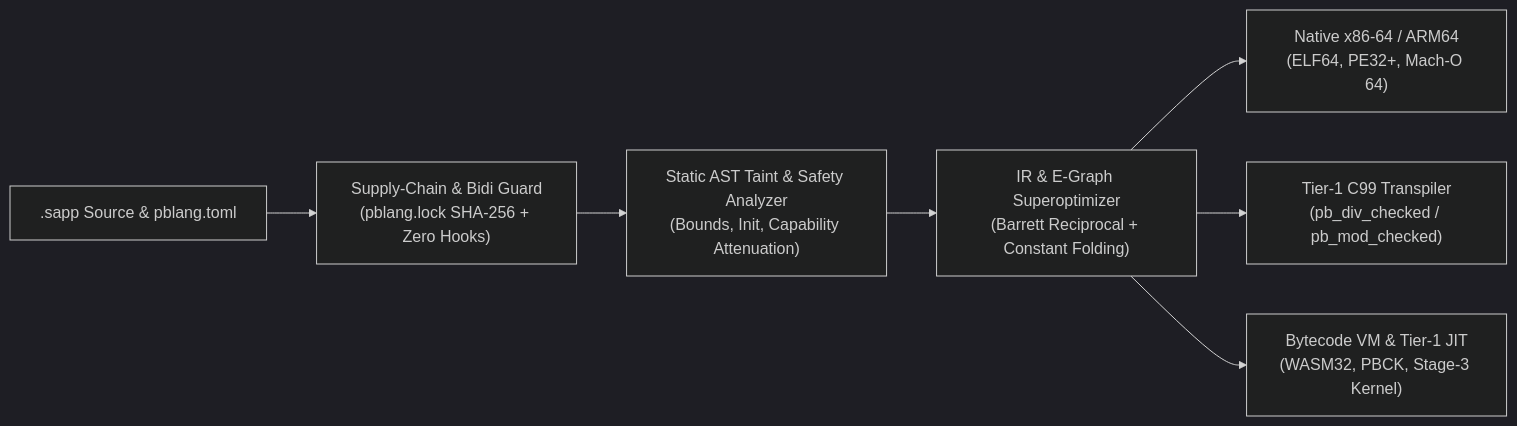
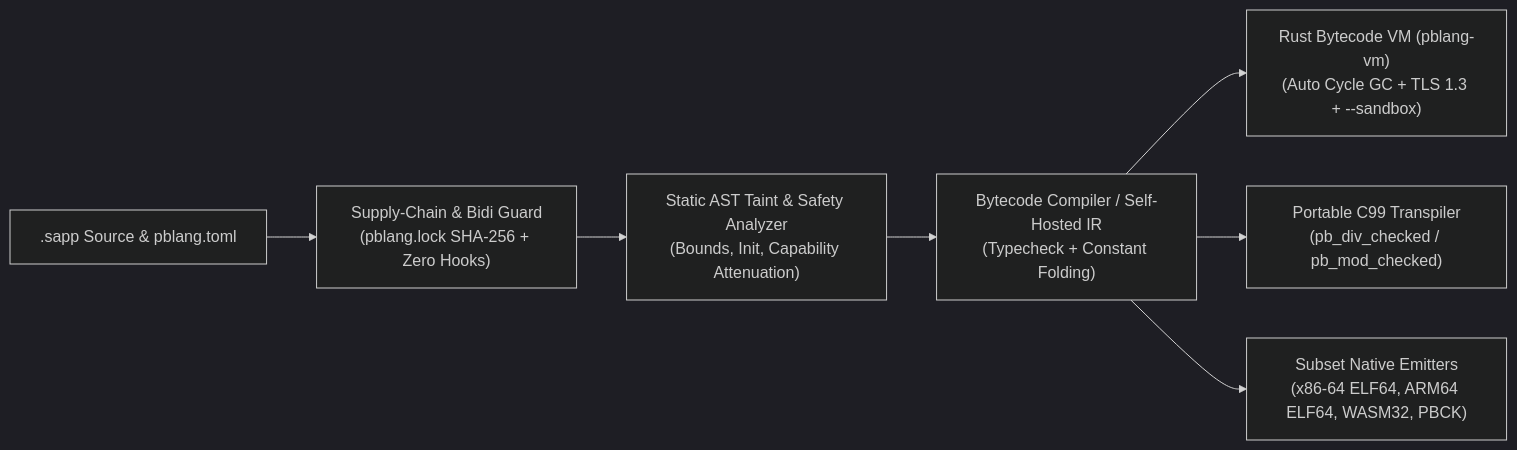
The diagram in README.md (PanosBiazis/pblang), drawn with Mermaid (dark theme) before and after one commit. The commit also changed other lines of this file and 30 other files, not shown here.

Commit message:
Release v1.4.0: automatic cycle GC, out-of-the-box TLS 1.3, trusted stdlib --sandbox, exclusive build tempfiles, and benchmark/stage honesty

````diff
--- a/README.md
+++ b/README.md
@@ -251,9 +145,9 @@
 ```mermaid
 flowchart LR
     A[".sapp Source & pblang.toml"] --> B["Supply-Chain & Bidi Guard\n(pblang.lock SHA-256 + Zero Hooks)"]
     B --> C["Static AST Taint & Safety Analyzer\n(Bounds, Init, Capability Attenuation)"]
-    C --> D["IR & E-Graph Superoptimizer\n(Barrett Reciprocal + Constant Folding)"]
-    D --> E1["Native x86-64 / ARM64\n(ELF64, PE32+, Mach-O 64)"]
-    D --> E2["Tier-1 C99 Transpiler\n(pb_div_checked / pb_mod_checked)"]
-    D --> E3["Bytecode VM & Tier-1 JIT\n(WASM32, PBCK, Stage-3 Kernel)"]
+    C --> D["Bytecode Compiler / Self-Hosted IR\n(Typecheck + Constant Folding)"]
+    D --> E1["Rust Bytecode VM (pblang-vm)\n(Auto Cycle GC + TLS 1.3 + --sandbox)"]
+    D --> E2["Portable C99 Transpiler\n(pb_div_checked / pb_mod_checked)"]
+    D --> E3["Subset Native Emitters\n(x86-64 ELF64, ARM64 ELF64, WASM32, PBCK)"]
 ```
````
